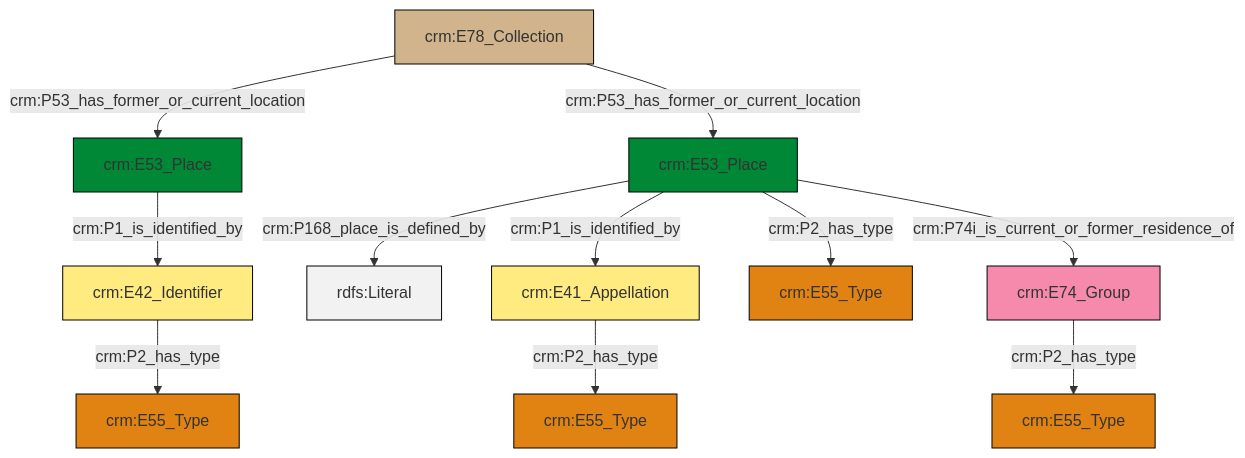
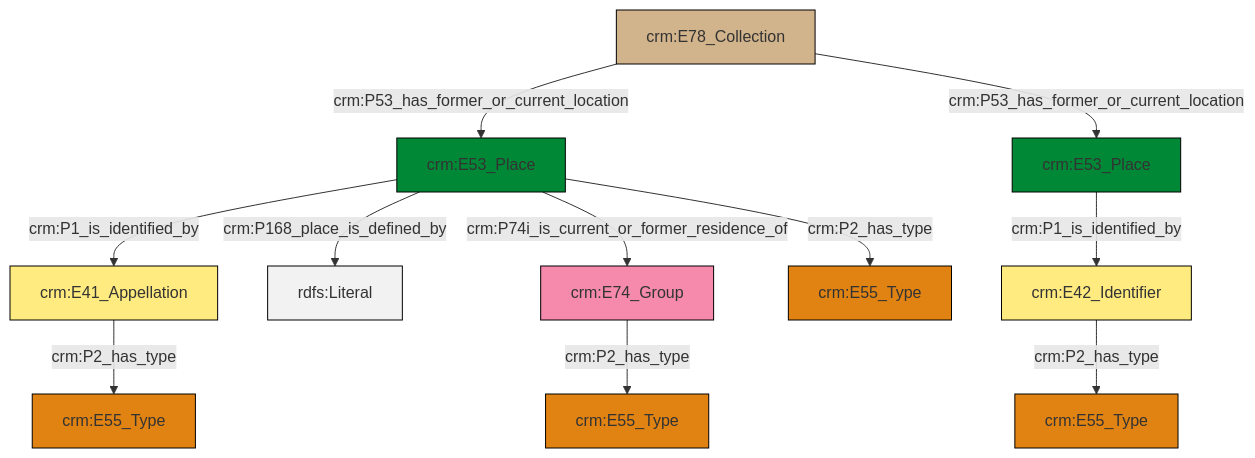
Before and after one commit to swiss-art-research-net/docs.swissartresearch: the diagram in et/archivalCSV/ttl/mmd/archival_location.ttl.mmd, drawn with Mermaid. The commit also changed 177 other files, not shown here.

```diff
--- a/et/archivalCSV/ttl/mmd/archival_location.ttl.mmd
+++ b/et/archivalCSV/ttl/mmd/archival_location.ttl.mmd
@@ -1,25 +1,25 @@
 graph TD
 classDef Literal fill:#f2f2f2,stroke:#000000;
 classDef CRM_Entity fill:#FFFFFF,stroke:#000000;
 classDef Temporal_Entity fill:#00C9E6, stroke:#000000;
 classDef Type fill:#E18312, stroke:#000000;
 classDef Time-Span fill:#2C9C91, stroke:#000000;
 classDef Appellation fill:#FFEB7F, stroke:#000000;
 classDef Place fill:#008836, stroke:#000000;
 classDef Persistent_Item fill:#B266B2, stroke:#000000;
 classDef Conceptual_Object fill:#FFD700, stroke:#000000;
 classDef Physical_Thing fill:#D2B48C, stroke:#000000;
 classDef Actor fill:#f58aad, stroke:#000000;
 classDef PC_Classes fill:#4ce600, stroke:#000000;
 classDef Multi fill:#cccccc,stroke:#000000;
 
-5["crm:E53_Place"]:::Place -->|crm:P168_place_is_defined_by| 6[rdfs:Literal]:::Literal
-9["crm:E41_Appellation"]:::Appellation -->|crm:P2_has_type| 3["crm:E55_Type"]:::Type
-10["crm:E78_Collection"]:::Physical_Thing -->|crm:P53_has_former_or_current_location| 13["crm:E53_Place"]:::Place
-5["crm:E53_Place"]:::Place -->|crm:P1_is_identified_by| 9["crm:E41_Appellation"]:::Appellation
-5["crm:E53_Place"]:::Place -->|crm:P2_has_type| 0["crm:E55_Type"]:::Type
-17["crm:E42_Identifier"]:::Appellation -->|crm:P2_has_type| 15["crm:E55_Type"]:::Type
-5["crm:E53_Place"]:::Place -->|crm:P74i_is_current_or_former_residence_of| 7["crm:E74_Group"]:::Actor
-13["crm:E53_Place"]:::Place -->|crm:P1_is_identified_by| 17["crm:E42_Identifier"]:::Appellation
-7["crm:E74_Group"]:::Actor -->|crm:P2_has_type| 19["crm:E55_Type"]:::Type
-10["crm:E78_Collection"]:::Physical_Thing -->|crm:P53_has_former_or_current_location| 5["crm:E53_Place"]:::Place
+0["crm:E53_Place"]:::Place -->|crm:P1_is_identified_by| 1["crm:E41_Appellation"]:::Appellation
+4["crm:E42_Identifier"]:::Appellation -->|crm:P2_has_type| 5["crm:E55_Type"]:::Type
+0["crm:E53_Place"]:::Place -->|crm:P168_place_is_defined_by| 11[rdfs:Literal]:::Literal
+0["crm:E53_Place"]:::Place -->|crm:P74i_is_current_or_former_residence_of| 8["crm:E74_Group"]:::Actor
+8["crm:E74_Group"]:::Actor -->|crm:P2_has_type| 14["crm:E55_Type"]:::Type
+12["crm:E78_Collection"]:::Physical_Thing -->|crm:P53_has_former_or_current_location| 0["crm:E53_Place"]:::Place
+18["crm:E53_Place"]:::Place -->|crm:P1_is_identified_by| 4["crm:E42_Identifier"]:::Appellation
+12["crm:E78_Collection"]:::Physical_Thing -->|crm:P53_has_former_or_current_location| 18["crm:E53_Place"]:::Place
+0["crm:E53_Place"]:::Place -->|crm:P2_has_type| 2["crm:E55_Type"]:::Type
+1["crm:E41_Appellation"]:::Appellation -->|crm:P2_has_type| 15["crm:E55_Type"]:::Type
```
